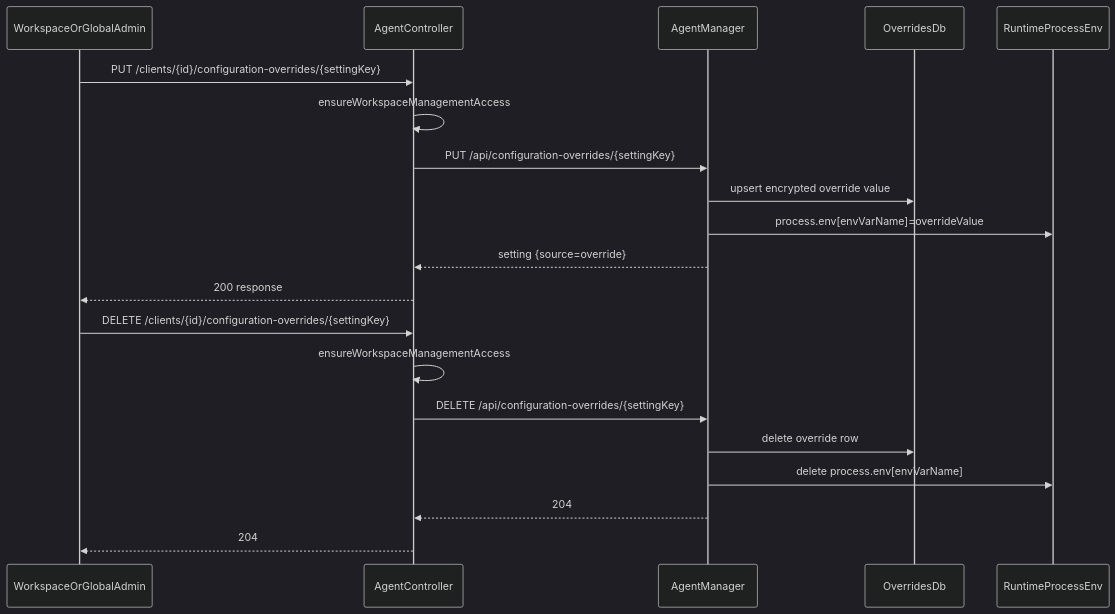
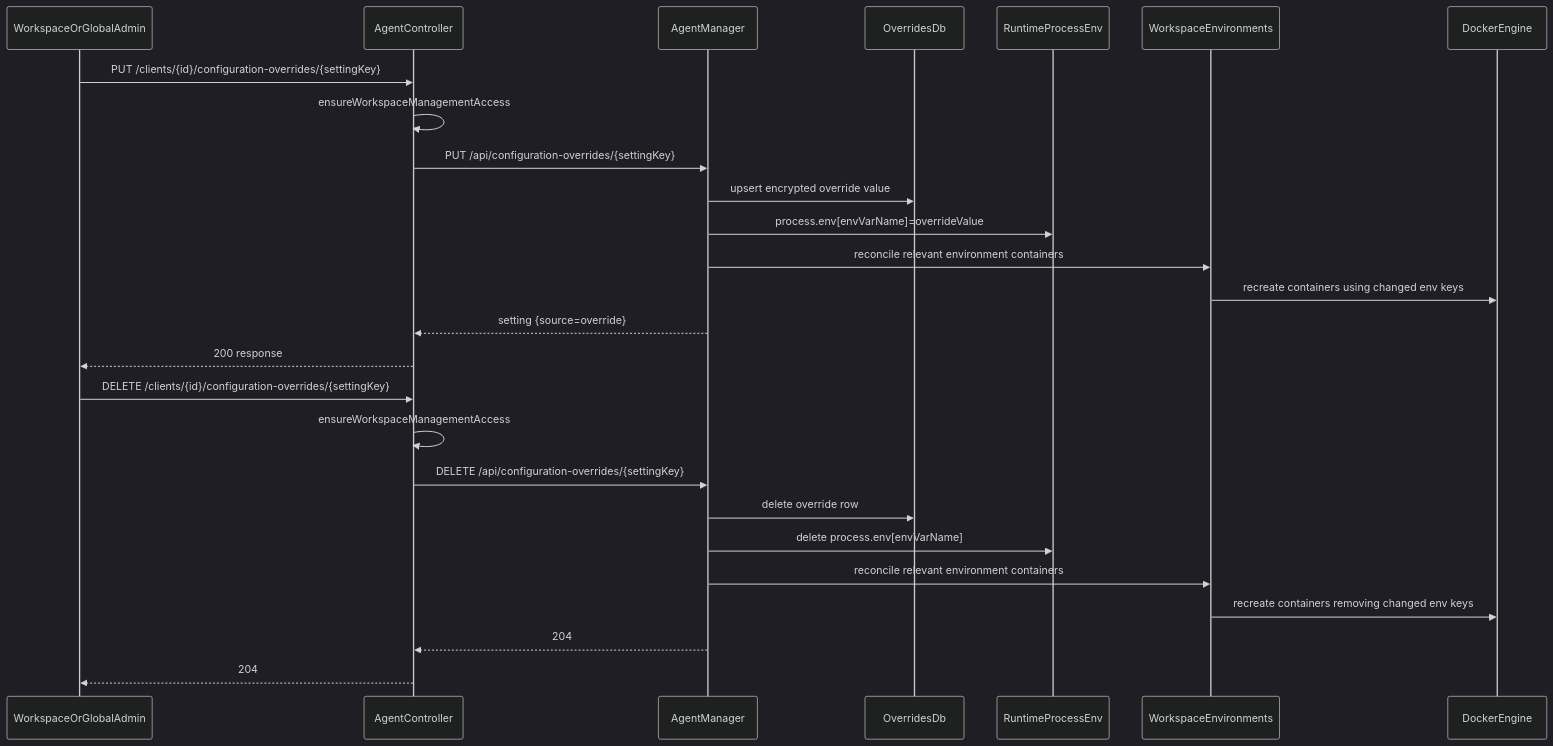
One commit to forepath/agenstra changed the diagram in libs/domains/framework/backend/feature-agent-controller/docs/sequence-workspace-configuration-overrides.mmd. Above: the diagram before and after it, drawn with Mermaid (dark theme). The commit also changed 14 other files, not shown here.

Commit message:
feat: environment reconciliation on workspace context change

```diff
--- a/libs/domains/framework/backend/feature-agent-controller/docs/sequence-workspace-configuration-overrides.mmd
+++ b/libs/domains/framework/backend/feature-agent-controller/docs/sequence-workspace-configuration-overrides.mmd
@@ -1,22 +1,28 @@
 sequenceDiagram
     participant Admin as WorkspaceOrGlobalAdmin
     participant Controller as AgentController
     participant Manager as AgentManager
     participant Db as OverridesDb
     participant Env as RuntimeProcessEnv
+    participant Agents as WorkspaceEnvironments
+    participant Docker as DockerEngine
 
     Admin->>Controller: PUT /clients/{id}/configuration-overrides/{settingKey}
     Controller->>Controller: ensureWorkspaceManagementAccess
     Controller->>Manager: PUT /api/configuration-overrides/{settingKey}
     Manager->>Db: upsert encrypted override value
     Manager->>Env: process.env[envVarName]=overrideValue
+    Manager->>Agents: reconcile relevant environment containers
+    Agents->>Docker: recreate containers using changed env keys
     Manager-->>Controller: setting {source=override}
     Controller-->>Admin: 200 response
 
     Admin->>Controller: DELETE /clients/{id}/configuration-overrides/{settingKey}
     Controller->>Controller: ensureWorkspaceManagementAccess
     Controller->>Manager: DELETE /api/configuration-overrides/{settingKey}
     Manager->>Db: delete override row
     Manager->>Env: delete process.env[envVarName]
+    Manager->>Agents: reconcile relevant environment containers
+    Agents->>Docker: recreate containers removing changed env keys
     Manager-->>Controller: 204
     Controller-->>Admin: 204
```
